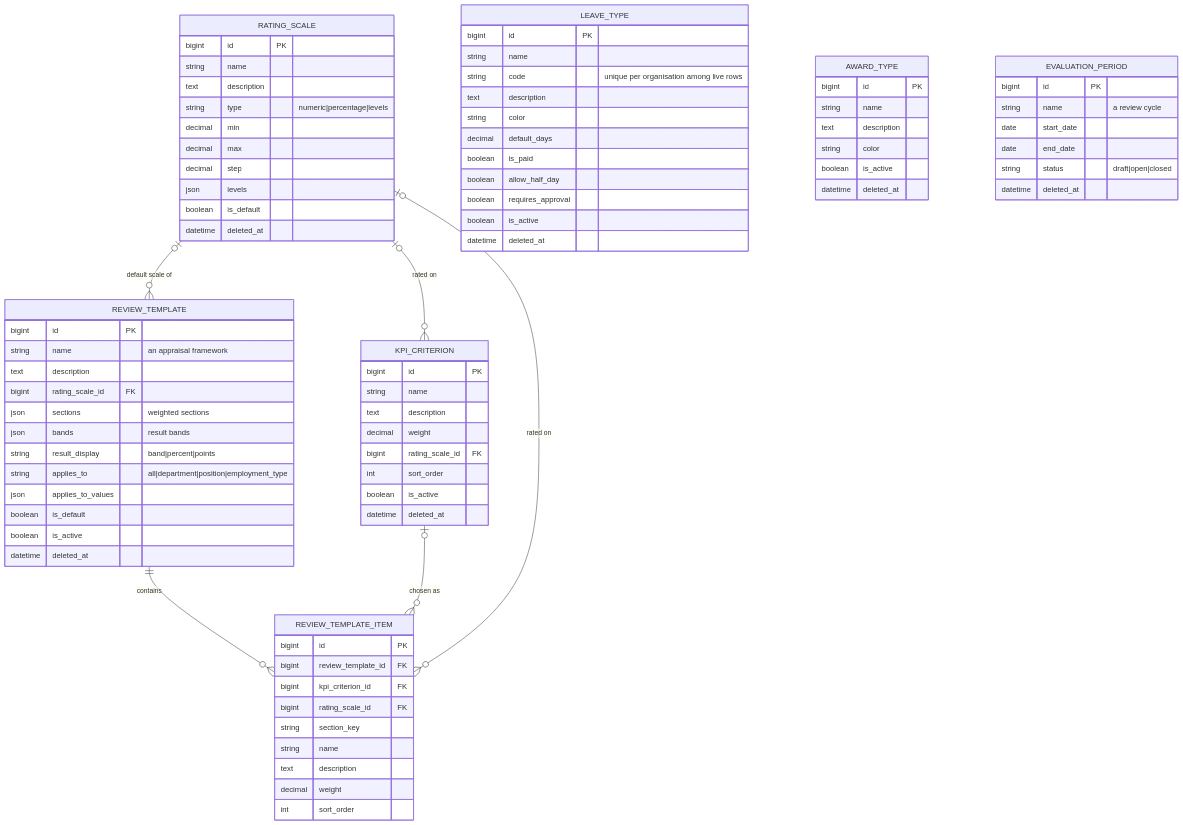
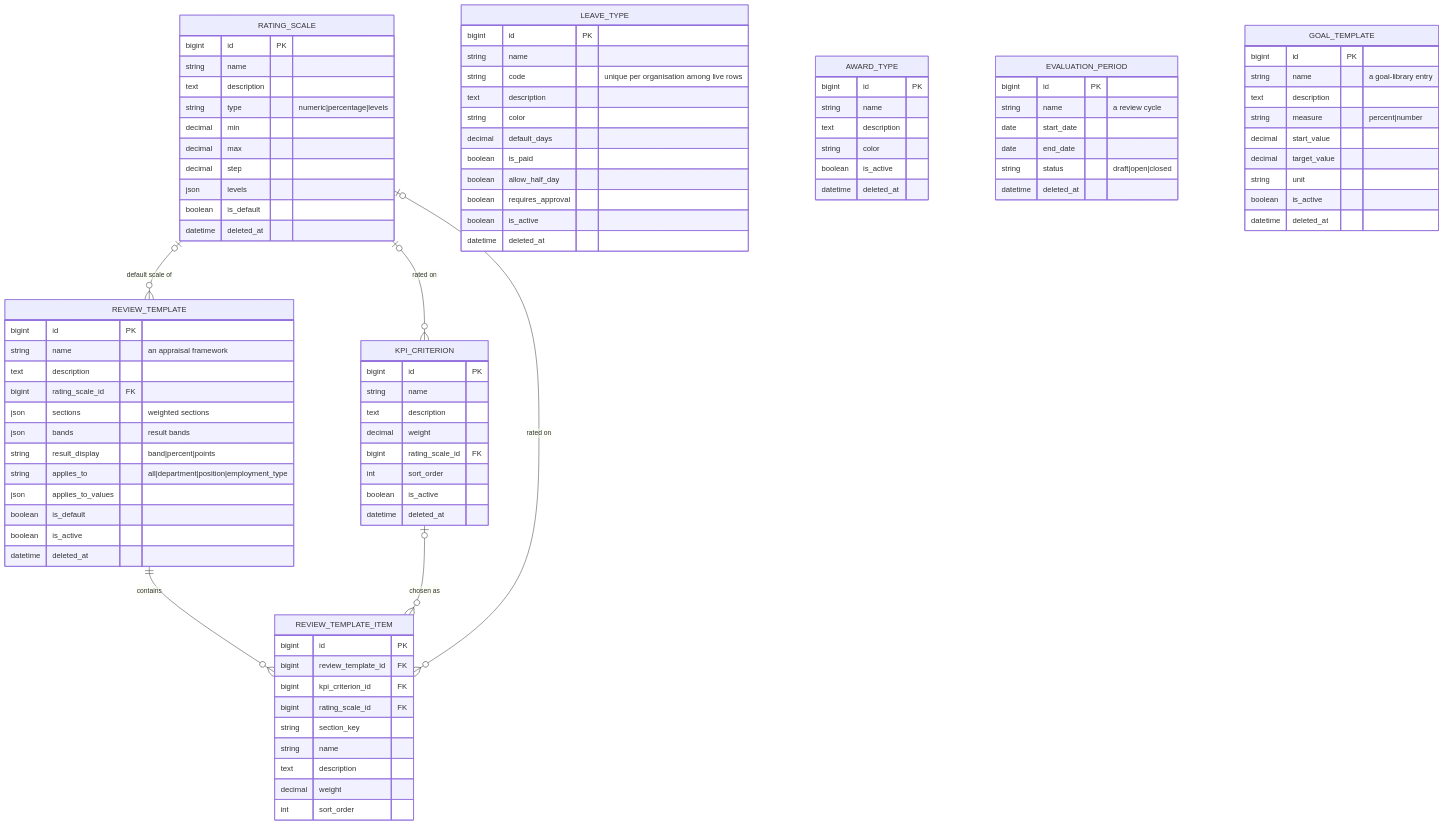
One commit to earlkian8/synapse changed the third of 13 diagrams in docs/database/erd.md. Above: the diagram before and after it, drawn with Mermaid. The commit also changed other lines of this file and 115 other files, not shown here.

````diff
--- a/docs/database/erd.md
+++ b/docs/database/erd.md
@@ -485,4 +489,15 @@
         string status "draft|open|closed"
         datetime deleted_at
     }
+    GOAL_TEMPLATE {
+        bigint id PK
+        string name "a goal-library entry"
+        text description
+        string measure "percent|number"
+        decimal start_value
+        decimal target_value
+        string unit
+        boolean is_active
+        datetime deleted_at
+    }
 ```
````
